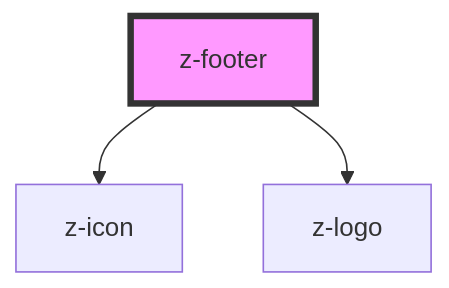
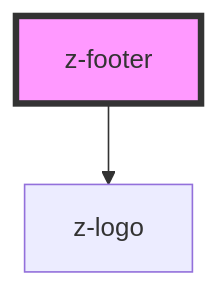
Before and after one commit to ZanichelliEditore/design-system: the diagram in src/components/footer/z-footer/readme.md, drawn with Mermaid. The commit also changed other lines of this file and 7 other files, not shown here.

````diff
--- a/src/components/footer/z-footer/readme.md
+++ b/src/components/footer/z-footer/readme.md
@@ -191,6 +192,5 @@
 ```mermaid
 graph TD;
-  z-footer --> z-icon
   z-footer --> z-logo
   style z-footer fill:#f9f,stroke:#333,stroke-width:4px
 ```
````
